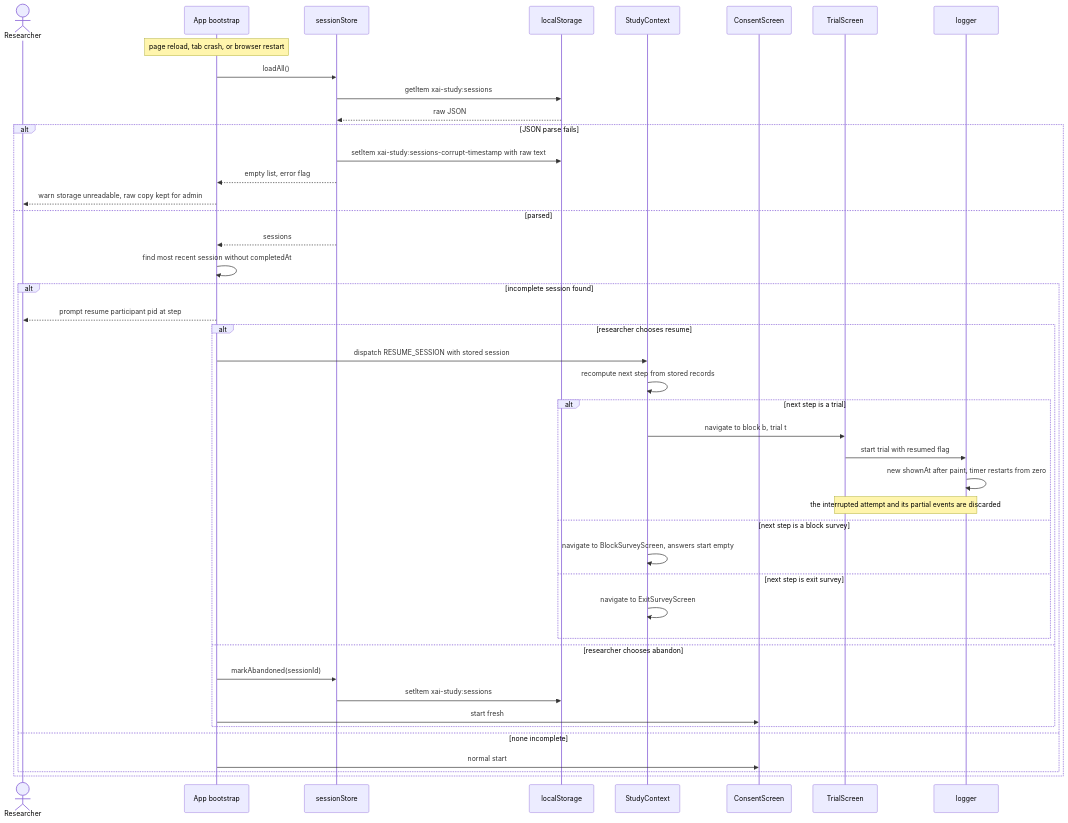
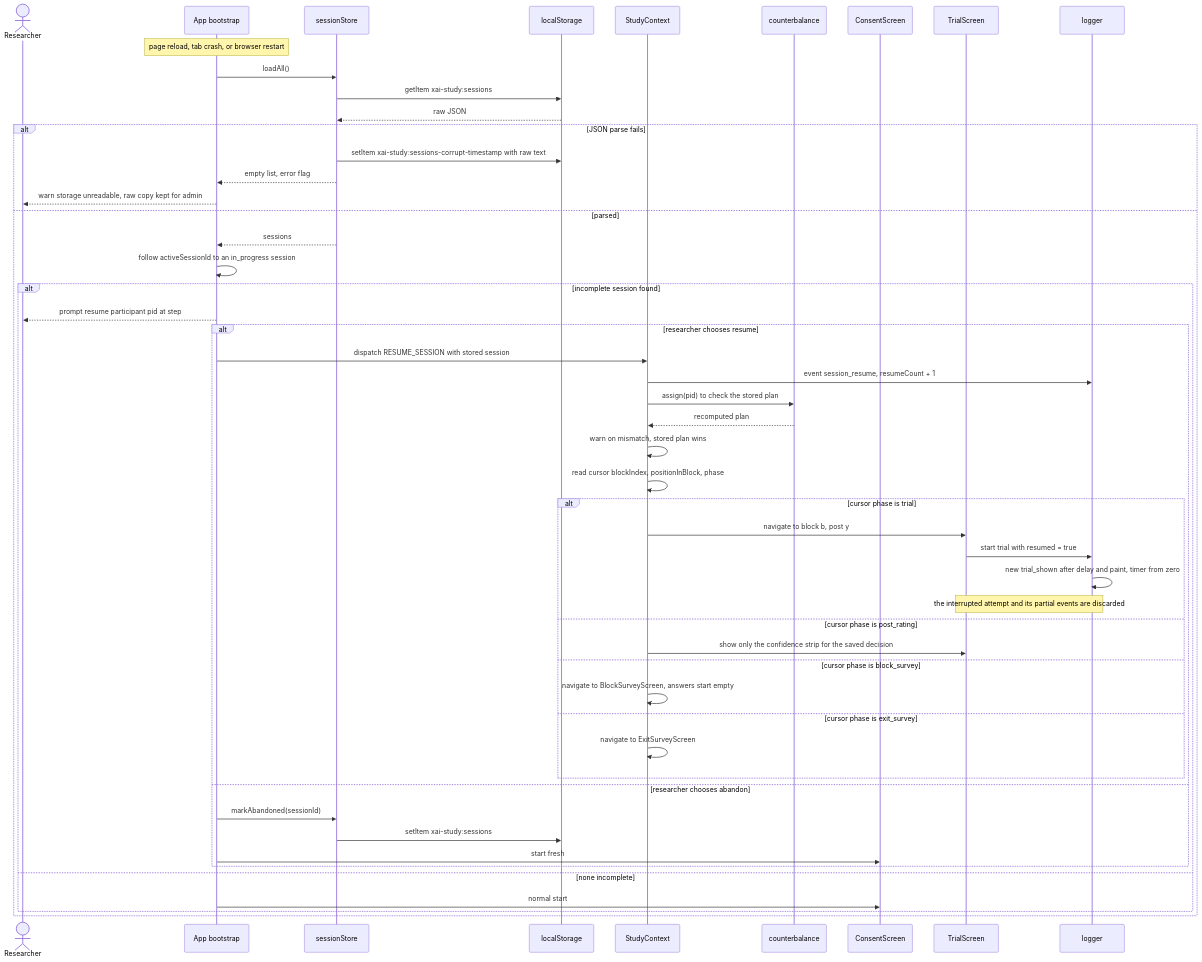
The tenth of 11 diagrams in docs/sequence-diagrams.md (bibekgupta3333/HCI), drawn with Mermaid before and after one commit. The commit also changed other lines of this file and 27 other files, not shown here.

````diff
--- a/docs/sequence-diagrams.md
+++ b/docs/sequence-diagrams.md
@@ -340,47 +492,54 @@
 ```mermaid
 sequenceDiagram
     actor Researcher
     participant App as App bootstrap
     participant SS as sessionStore
     participant LS as localStorage
     participant SC as StudyContext
+    participant CB as counterbalance
     participant Consent as ConsentScreen
     participant Trial as TrialScreen
     participant Log as logger
 
     Note over App: page reload, tab crash, or browser restart
     App->>SS: loadAll()
     SS->>LS: getItem xai-study:sessions
     LS-->>SS: raw JSON
     alt JSON parse fails
         SS->>LS: setItem xai-study:sessions-corrupt-timestamp with raw text
         SS-->>App: empty list, error flag
         App-->>Researcher: warn storage unreadable, raw copy kept for admin
     else parsed
         SS-->>App: sessions
-        App->>App: find most recent session without completedAt
+        App->>App: follow activeSessionId to an in_progress session
         alt incomplete session found
             App-->>Researcher: prompt resume participant pid at step
             alt researcher chooses resume
                 App->>SC: dispatch RESUME_SESSION with stored session
-                SC->>SC: recompute next step from stored records
-                alt next step is a trial
-                    SC->>Trial: navigate to block b, trial t
-                    Trial->>Log: start trial with resumed flag
-                    Log->>Log: new shownAt after paint, timer restarts from zero
+                SC->>Log: event session_resume, resumeCount + 1
+                SC->>CB: assign(pid) to check the stored plan
+                CB-->>SC: recomputed plan
+                SC->>SC: warn on mismatch, stored plan wins
+                SC->>SC: read cursor blockIndex, positionInBlock, phase
+                alt cursor phase is trial
+                    SC->>Trial: navigate to block b, post y
+                    Trial->>Log: start trial with resumed = true
+                    Log->>Log: new trial_shown after delay and paint, timer from zero
                     Note over Trial,Log: the interrupted attempt and its partial events are discarded
-                else next step is a block survey
+                else cursor phase is post_rating
+                    SC->>Trial: show only the confidence strip for the saved decision
+                else cursor phase is block_survey
                     SC->>SC: navigate to BlockSurveyScreen, answers start empty
-                else next step is exit survey
+                else cursor phase is exit_survey
                     SC->>SC: navigate to ExitSurveyScreen
                 end
             else researcher chooses abandon
                 App->>SS: markAbandoned(sessionId)
                 SS->>LS: setItem xai-study:sessions
                 App->>Consent: start fresh
             end
         else none incomplete
             App->>Consent: normal start
         end
     end
 ```
````
